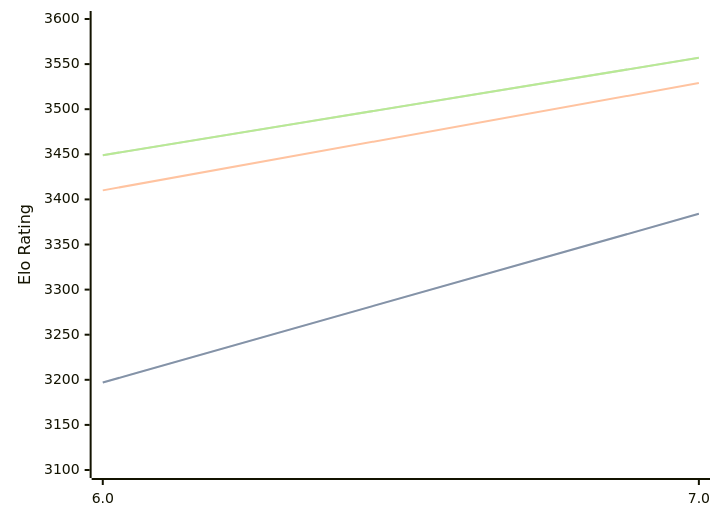
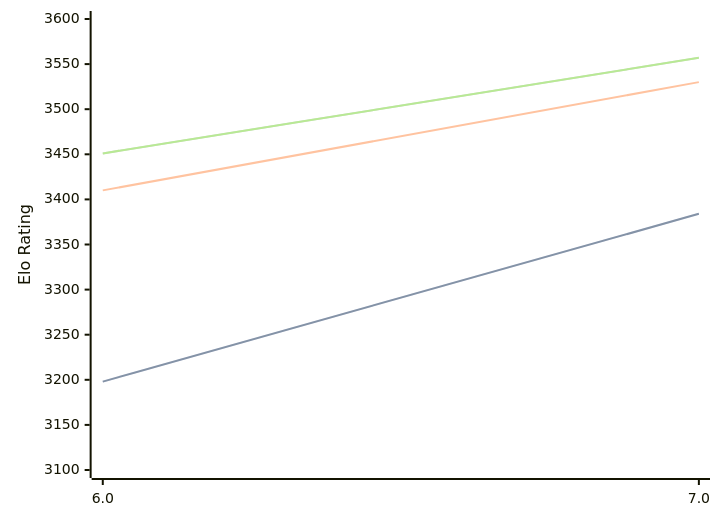
The diagram in engines/Devre.md (computer-chess-index/cci), drawn with Mermaid before and after one commit. The commit also changed other lines of this file, not shown here.

Commit message:
Update CCI Ratings (ELO VLTC) - 2026-10-08

````diff
--- a/engines/Devre.md
+++ b/engines/Devre.md
@@ -32,11 +32,11 @@
 ```mermaid
 %%{init: {"theme":"base","themeVariables":{"seriesColors:['#a3a3a3','#222221','#faa371']}}}%%
 xychart-beta
   x-axis ["6.0", "7.0"]
   y-axis "Elo Rating" 3100 --> 3600
-  line "" [3197, 3384]
-  line "STC (8.0+0.08s)" [3197, 3384]
-  line "LTC (60.0+0.60s)" [3410, 3529]
-  line "" [3449, 3557]
-  line "VLTC (2m24s+1.12s)" [3449, 3557]
+  line "" [3198, 3384]
+  line "STC (8.0+0.08s)" [3198, 3384]
+  line "LTC (60.0+0.60s)" [3410, 3530]
+  line "" [3451, 3557]
+  line "VLTC (2m24s+1.12s)" [3451, 3557]
 ```
````
